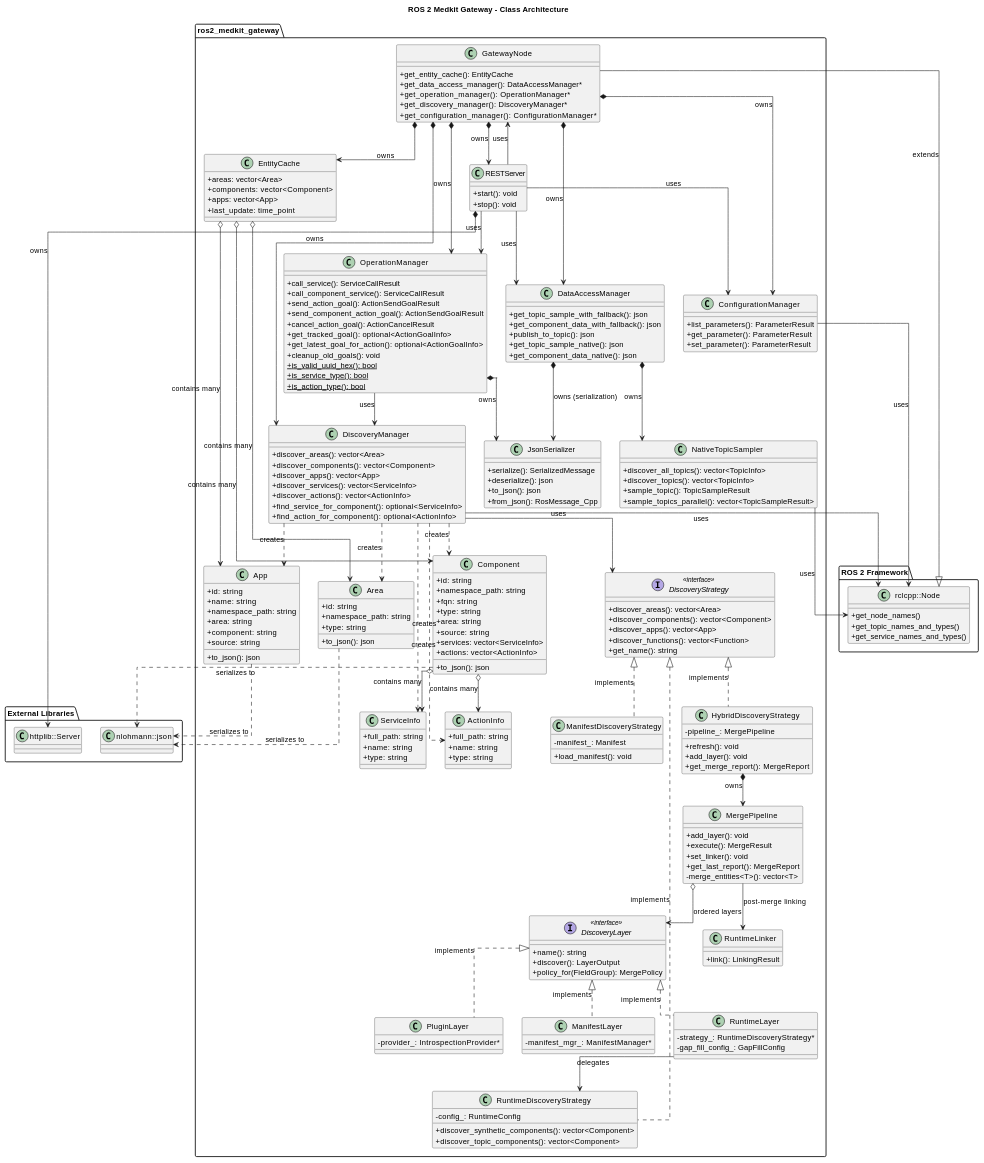
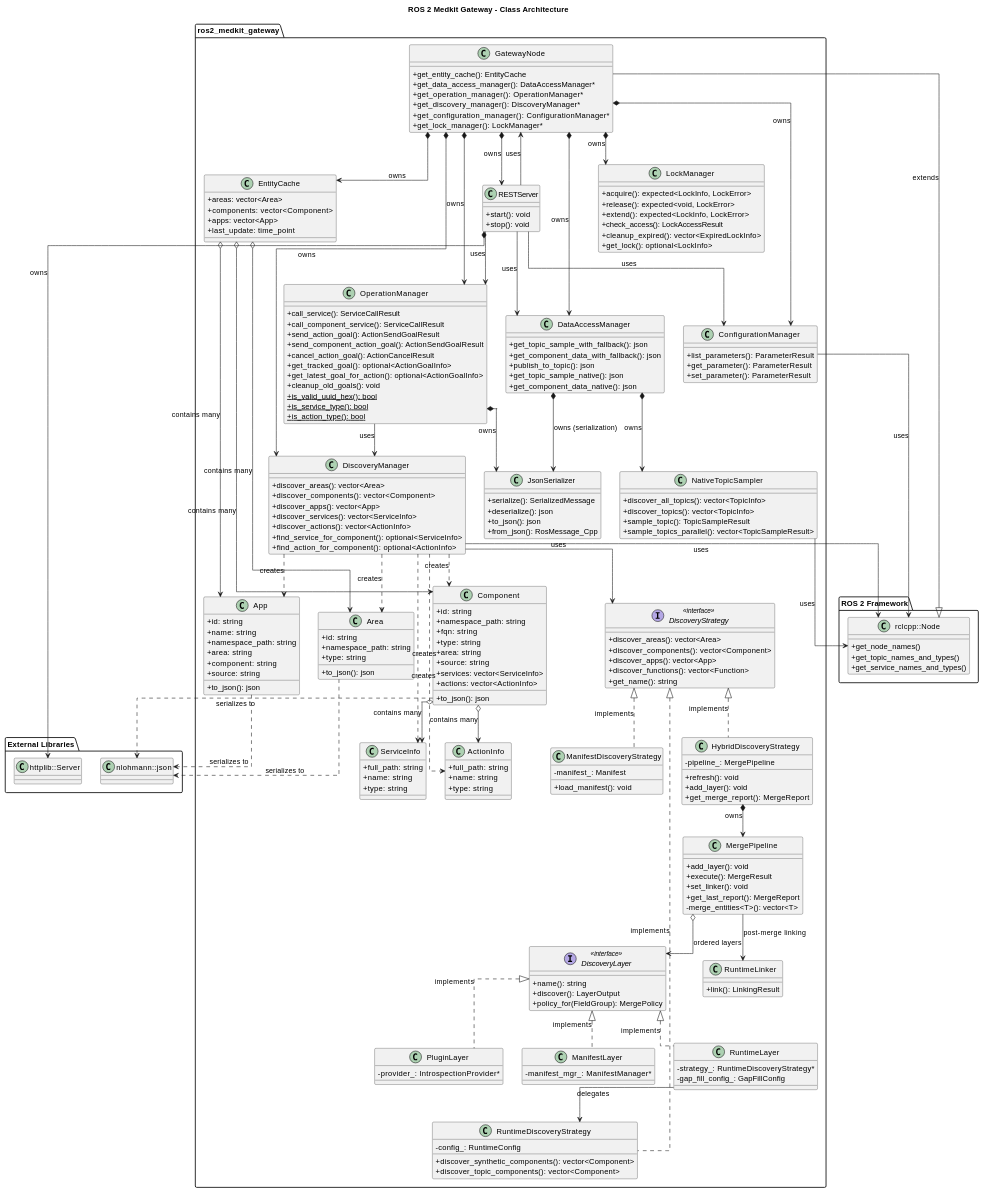
One commit to selfpatch/ros2_medkit changed the diagram in src/ros2_medkit_gateway/design/index.rst. Above: the diagram before and after it, drawn with PlantUML. The commit also changed other lines of this file and 3 other files, not shown here.

First line of the commit message:
docs(locking): update README, design doc, config docs, and manifest schema

```diff
--- a/src/ros2_medkit_gateway/design/index.rst
+++ b/src/ros2_medkit_gateway/design/index.rst
@@ -34,6 +34,7 @@
            + get_operation_manager(): OperationManager*
            + get_discovery_manager(): DiscoveryManager*
            + get_configuration_manager(): ConfigurationManager*
+           + get_lock_manager(): LockManager*
        }
 
        class DiscoveryManager {
@@ -136,6 +137,15 @@
            + set_parameter(): ParameterResult
        }
 
+       class LockManager {
+           + acquire(): expected<LockInfo, LockError>
+           + release(): expected<void, LockError>
+           + extend(): expected<LockInfo, LockError>
+           + check_access(): LockAccessResult
+           + cleanup_expired(): vector<ExpiredLockInfo>
+           + get_lock(): optional<LockInfo>
+       }
+
        class NativeTopicSampler {
            + discover_all_topics(): vector<TopicInfo>
            + discover_topics(): vector<TopicInfo>
@@ -215,6 +225,7 @@
    GatewayNode *-down-> DataAccessManager : owns
    GatewayNode *-down-> OperationManager : owns
    GatewayNode *-down-> ConfigurationManager : owns
+   GatewayNode *-down-> LockManager : owns
    GatewayNode *-down-> EntityCache : owns
 
    ' Discovery Manager uses Node interface
```
